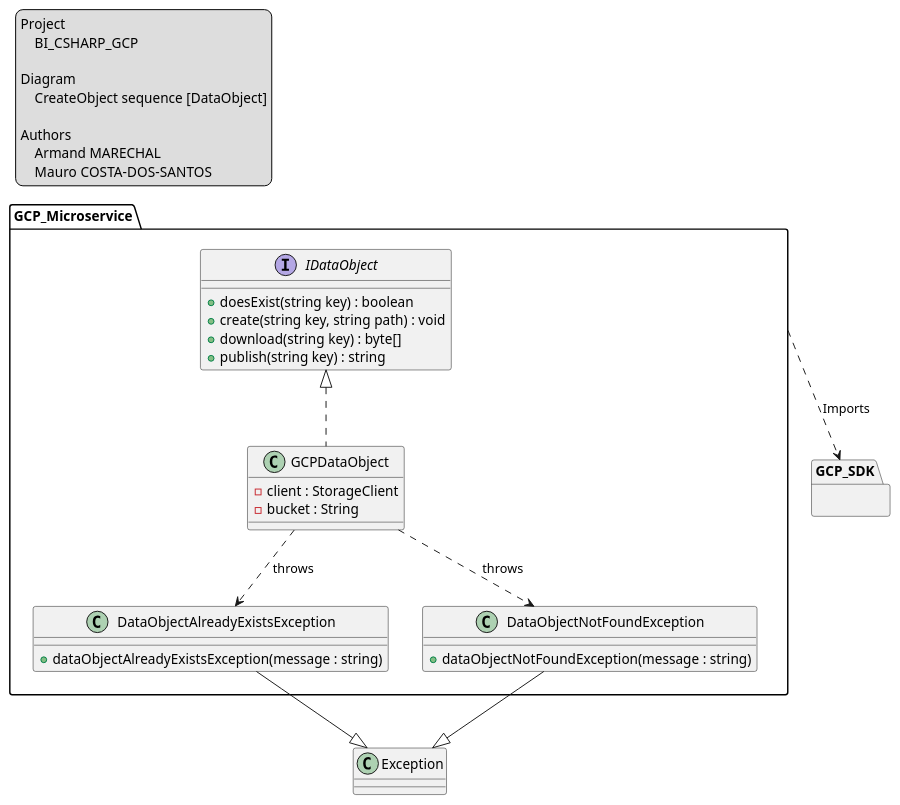
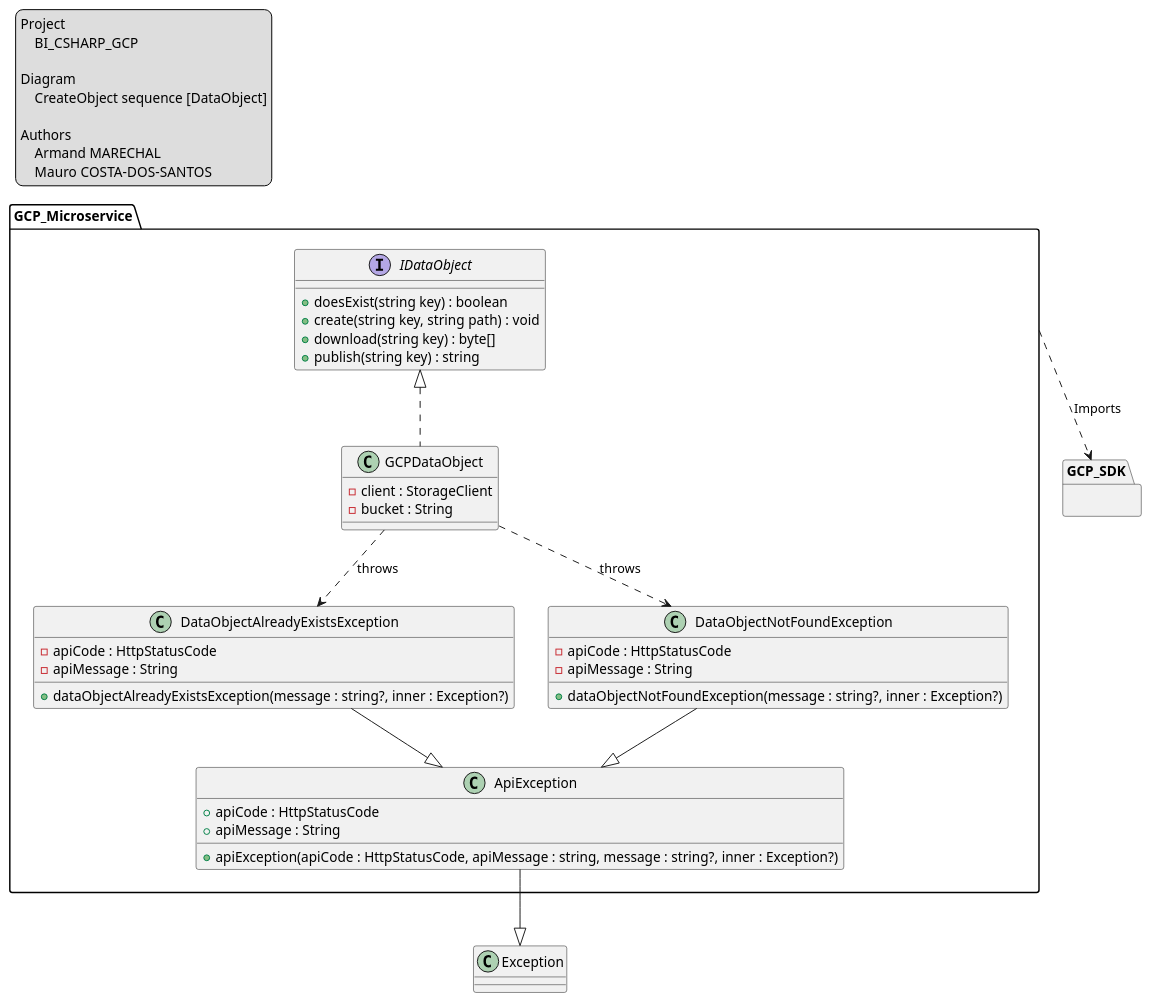
One commit to CPNV-ES-BI/BI_CSHARP_GCP changed the diagram in doc/classes/data_object.puml. Above: the diagram before and after it, drawn with PlantUML. The commit also changed 4 other files, not shown here.

Commit message:
Implement API Exception

```diff
--- a/doc/classes/data_object.puml
+++ b/doc/classes/data_object.puml
@@ -1,50 +1,62 @@
 @startuml DataObject
 
 legend top left
     Project
         BI_CSHARP_GCP
 
     Diagram
         CreateObject sequence [DataObject]
 
     Authors
         Armand MARECHAL
         Mauro COSTA-DOS-SANTOS 
 endlegend
 
 package GCP_Microservice {
     interface IDataObject {
      +doesExist(string key) : boolean
      +create(string key, string path) : void
      +download(string key) : byte[]
      +publish(string key) : string
     }
 
     class GCPDataObject {
      -client : StorageClient
      -bucket : String
     }
 
+    class ApiException {
+     +apiException(apiCode : HttpStatusCode, apiMessage : string, message : string?, inner : Exception?)
+     +apiCode : HttpStatusCode
+     +apiMessage : String
+    }
+
     class DataObjectAlreadyExistsException {
-     +dataObjectAlreadyExistsException(message : string)
+     +dataObjectAlreadyExistsException(message : string?, inner : Exception?)
+     -apiCode : HttpStatusCode
+     -apiMessage : String
     }
 
     class DataObjectNotFoundException {
-     +dataObjectNotFoundException(message : string)
+     +dataObjectNotFoundException(message : string?, inner : Exception?)
+     -apiCode : HttpStatusCode
+     -apiMessage : String
     }
 }
 
 package GCP_SDK {}
 
 IDataObject <|.. GCPDataObject
 GCP_Microservice ..> GCP_SDK: Imports
 
 class Exception
 
 GCPDataObject ..> DataObjectAlreadyExistsException : throws
 GCPDataObject ..> DataObjectNotFoundException : throws
 
-DataObjectAlreadyExistsException --|> Exception
-DataObjectNotFoundException --|> Exception
+DataObjectAlreadyExistsException --|> ApiException
+DataObjectNotFoundException --|> ApiException
+
+ApiException --|> Exception
 
 @enduml
```
